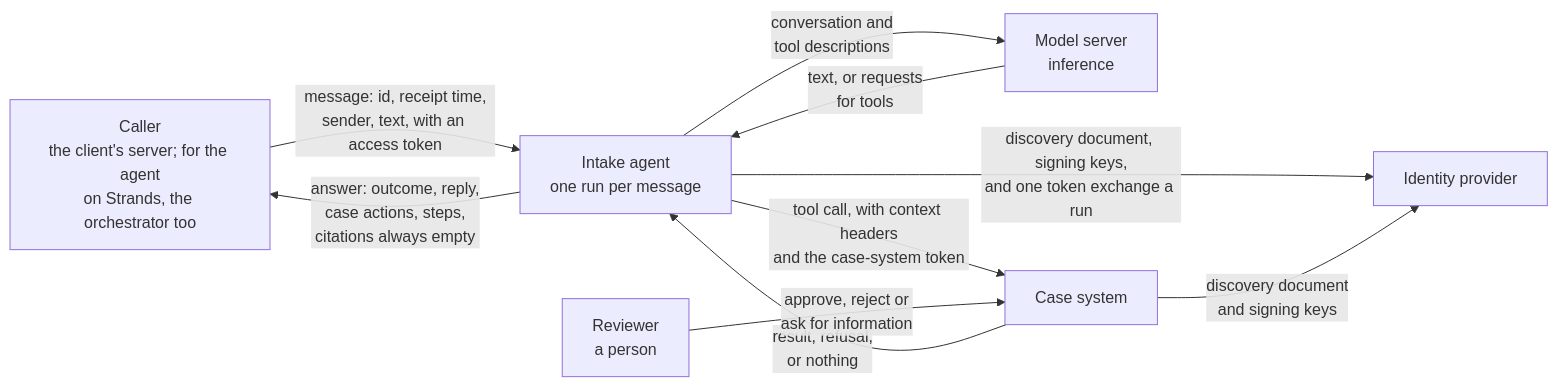
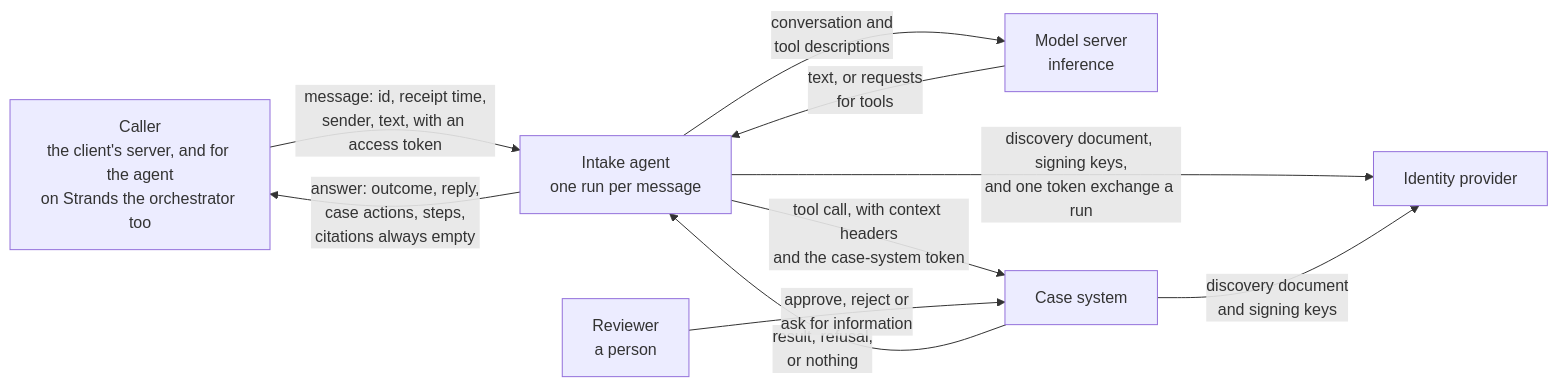
The first of 3 diagrams in docs/architecture/intake-agent-as-actor.md (AndrewPHunter/ai-on-aws), drawn with Mermaid before and after one commit. The commit also changed other lines of this file and 13 other files, not shown here.

````diff
--- a/docs/architecture/intake-agent-as-actor.md
+++ b/docs/architecture/intake-agent-as-actor.md
@@ -19,19 +19,19 @@
 ```mermaid
 flowchart LR
-    Caller["Caller<br/>the client's server; for the agent<br/>on Strands, the orchestrator too"]
+    Caller["Caller<br/>the client's server, and for the agent<br/>on Strands the orchestrator too"]
     Agent["Intake agent<br/>one run per message"]
     Model["Model server<br/>inference"]
     Cases["Case system"]
     Identity["Identity provider"]
     Reviewer["Reviewer<br/>a person"]
 
     Caller -->|"message: id, receipt time,<br/>sender, text, with an access token"| Agent
     Agent -->|"answer: outcome, reply,<br/>case actions, steps,<br/>citations always empty"| Caller
     Agent -->|"conversation and<br/>tool descriptions"| Model
     Model -->|"text, or requests<br/>for tools"| Agent
     Agent -->|"tool call, with context headers<br/>and the case-system token"| Cases
     Cases -->|"result, refusal,<br/>or nothing"| Agent
     Agent -->|"discovery document, signing keys,<br/>and one token exchange a run"| Identity
     Cases -->|"discovery document<br/>and signing keys"| Identity
     Reviewer -->|"approve, reject or<br/>ask for information"| Cases
 ```
````
